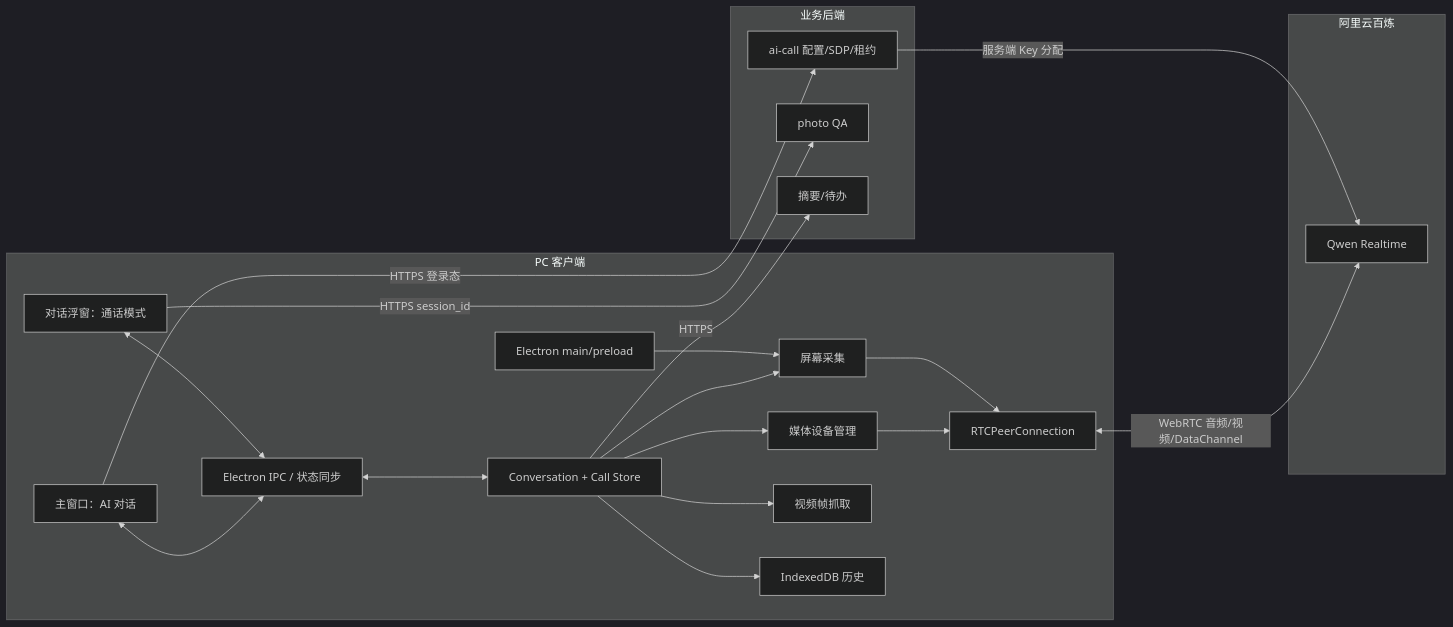
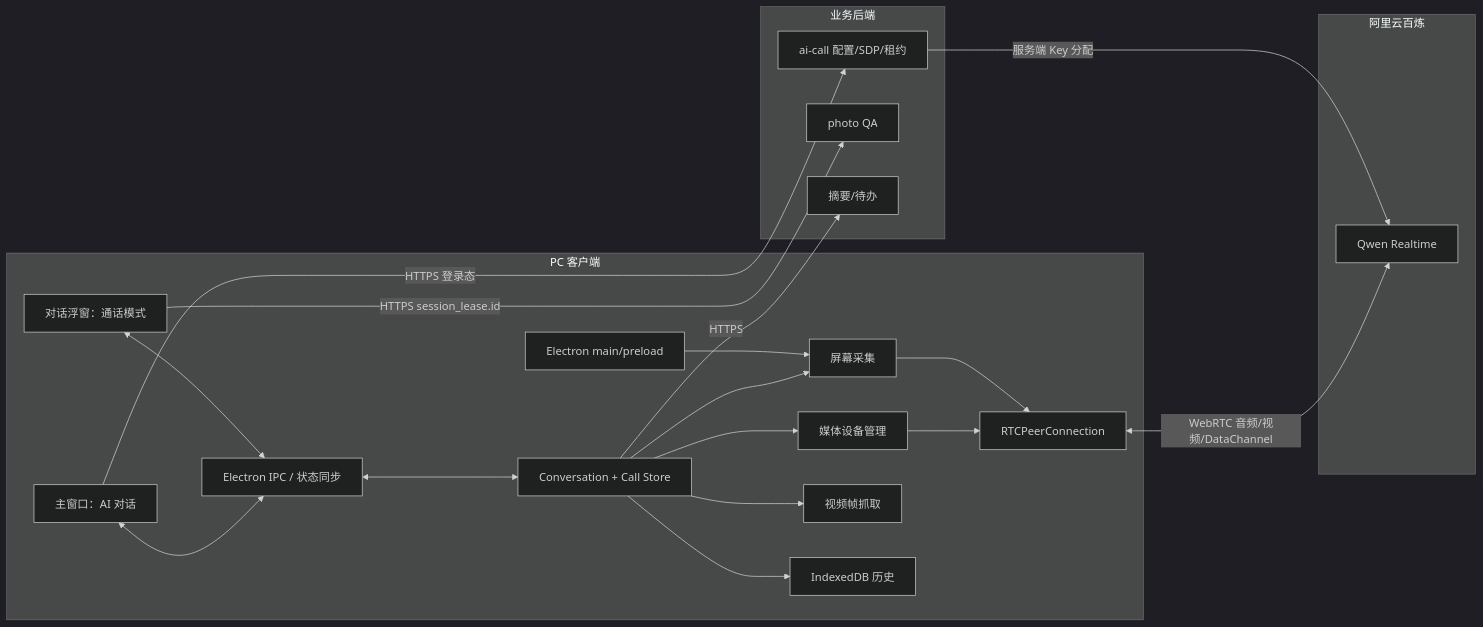
The first of 3 diagrams in docs/extensions/PC桌面端_AI打电话设计.md (John-Shao/we-meet), drawn with Mermaid (dark theme) before and after one commit. The commit also changed other lines of this file, not shown here.

````diff
--- a/docs/extensions/PC桌面端_AI打电话设计.md
+++ b/docs/extensions/PC桌面端_AI打电话设计.md
@@ -103,41 +123,41 @@
 ```mermaid
 flowchart LR
     subgraph Client[PC 客户端]
         Main[主窗口：AI 对话]
         Float[对话浮窗：通话模式]
         IPC[Electron IPC / 状态同步]
         Store[Conversation + Call Store]
         Media[媒体设备管理]
         Capture[屏幕采集]
         Frame[视频帧抓取]
         History[IndexedDB 历史]
         RTC[RTCPeerConnection]
         Shell[Electron main/preload]
         Main <--> IPC
         Float <--> IPC
         IPC <--> Store
         Store --> Media
         Store --> Capture
         Store --> Frame
         Store --> History
         Media --> RTC
         Capture --> RTC
         Shell --> Capture
     end
 
     subgraph Backend[业务后端]
         API[ai-call 配置/SDP/租约]
         Photo[photo QA]
         Summary[摘要/待办]
     end
 
     subgraph Aliyun[阿里云百炼]
         Realtime[Qwen Realtime]
     end
 
     Main -->|HTTPS 登录态| API
-    Float -->|HTTPS session_id| Photo
+    Float -->|HTTPS session_lease.id| Photo
     Store -->|HTTPS| Summary
     RTC <-->|WebRTC 音频/视频/DataChannel| Realtime
     API -->|服务端 Key 分配| Realtime
 ```
````
